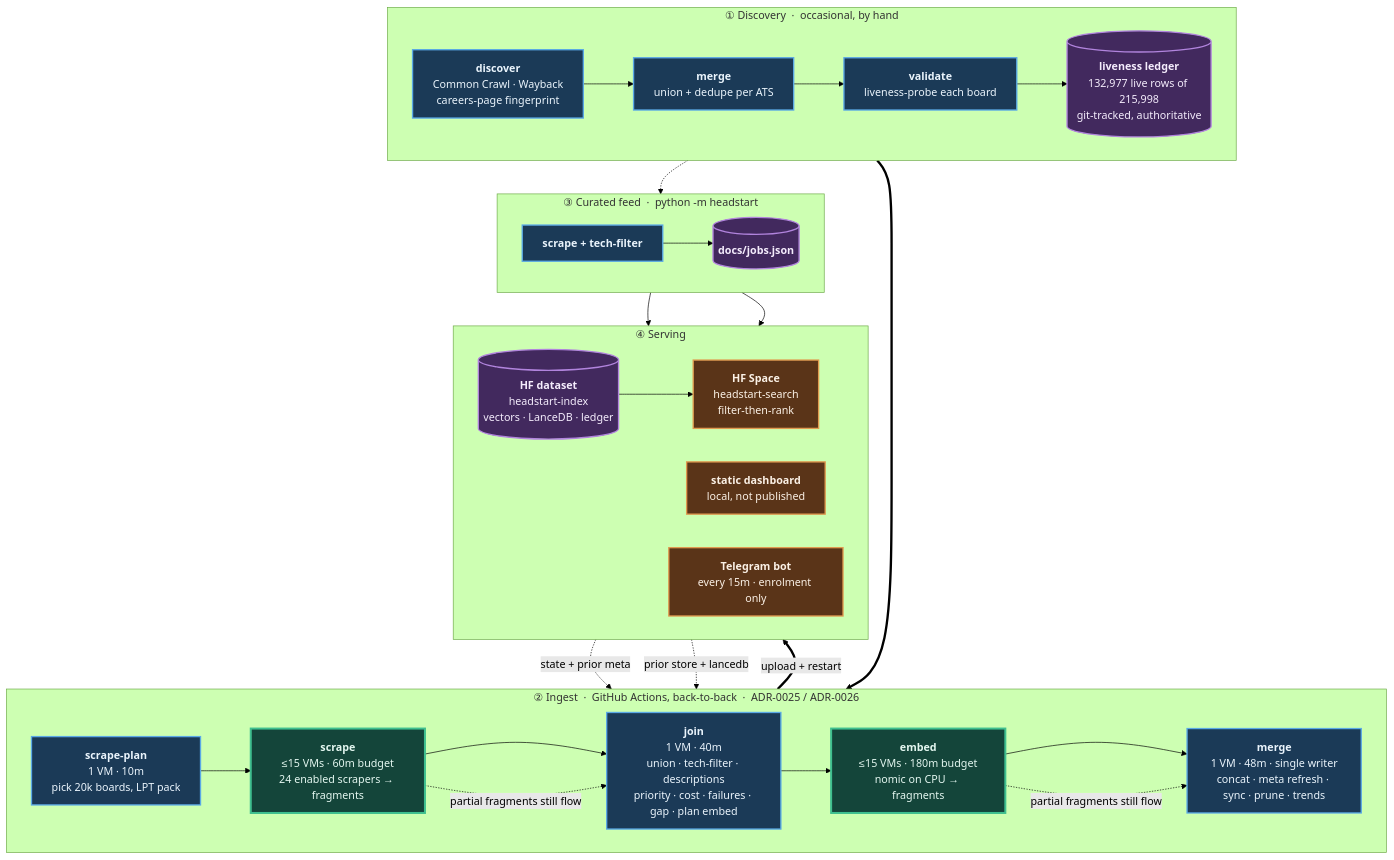
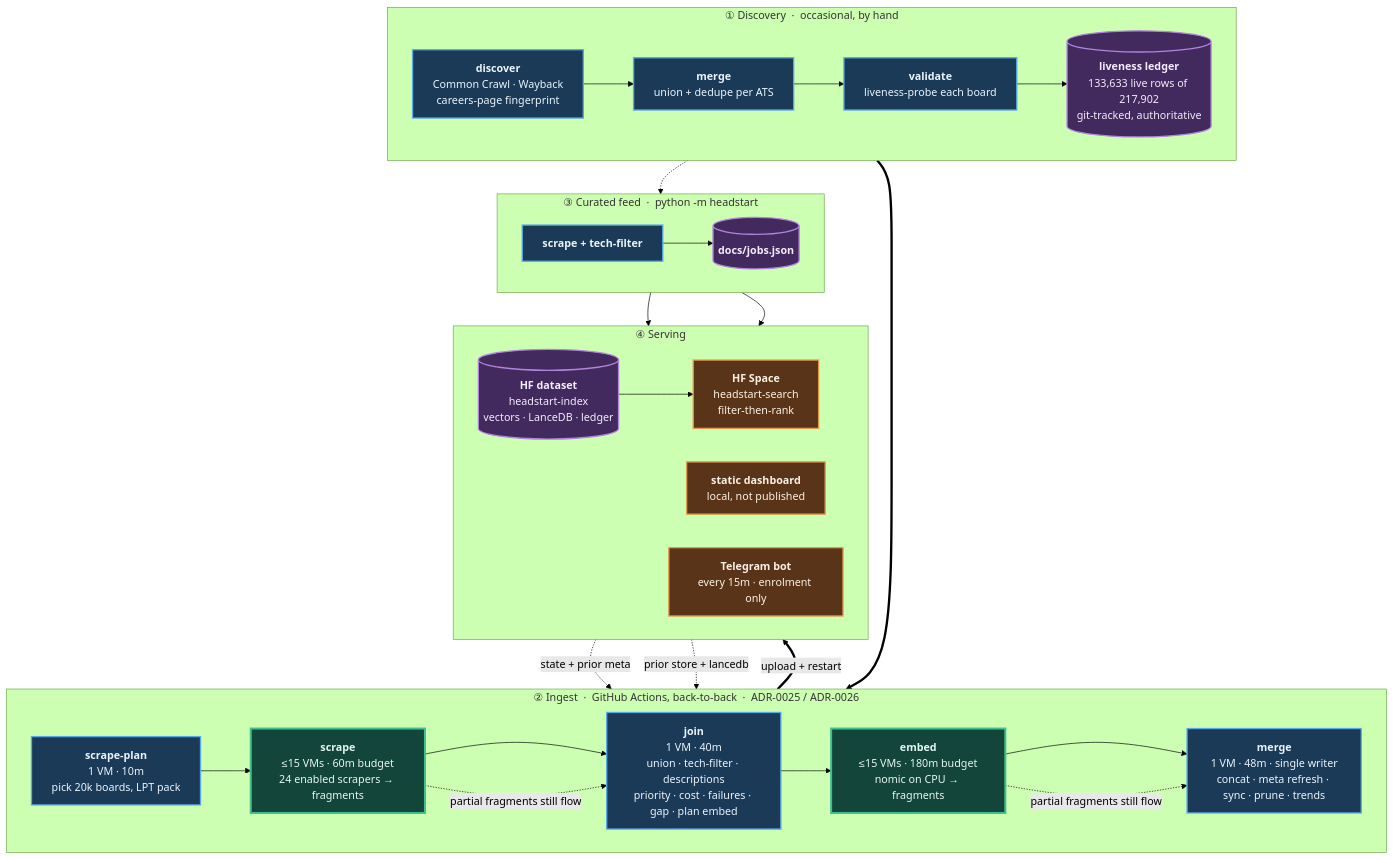
Before and after one commit to sarthakjain004/headstart: the diagram in README.md, drawn with Mermaid (forest theme). The commit also changed other lines of this file and 4 other files, not shown here.

````diff
--- a/README.md
+++ b/README.md
@@ -84,56 +84,56 @@
 ```mermaid
 flowchart TB
     subgraph D["① Discovery &nbsp;·&nbsp; occasional, by hand"]
         direction LR
         D1["<b>discover</b><br/>Common Crawl · Wayback<br/>careers-page fingerprint"]
         D2["<b>merge</b><br/>union + dedupe per ATS"]
         D3["<b>validate</b><br/>liveness-probe each board"]
-        D4[("<b>liveness ledger</b><br/>132,977 live rows of 215,998<br/>git-tracked, authoritative")]
+        D4[("<b>liveness ledger</b><br/>133,633 live rows of 217,902<br/>git-tracked, authoritative")]
         D1 --> D2 --> D3 --> D4
     end
 
     subgraph P["② Ingest &nbsp;·&nbsp; GitHub Actions, back-to-back &nbsp;·&nbsp; ADR-0025 / ADR-0026"]
         direction LR
         P1["<b>scrape-plan</b><br/>1 VM · 10m<br/>pick 20k boards, LPT pack"]
         P2["<b>scrape</b><br/>≤15 VMs · 60m budget<br/>24 enabled scrapers → fragments"]
         P3["<b>join</b><br/>1 VM · 40m<br/>union · tech-filter · descriptions<br/>priority · cost · failures · gap · plan embed"]
         P4["<b>embed</b><br/>≤15 VMs · 180m budget<br/>nomic on CPU → fragments"]
         P5["<b>merge</b><br/>1 VM · 48m · single writer<br/>concat · meta refresh · sync · prune · trends"]
         P1 --> P2 --> P3 --> P4 --> P5
     end
 
     subgraph F["③ Curated feed &nbsp;·&nbsp; python -m headstart"]
         direction LR
         F1["<b>scrape + tech-filter</b>"]
         F2[("<b>docs/jobs.json</b>")]
         F1 --> F2
     end
 
     subgraph S["④ Serving"]
         direction LR
         S1[("<b>HF dataset</b><br/>headstart-index<br/>vectors · LanceDB · ledger")]
         S2["<b>HF Space</b><br/>headstart-search<br/>filter-then-rank"]
         S3["<b>static dashboard</b><br/>local, not published"]
         S4["<b>Telegram bot</b><br/>every 15m · enrolment only"]
         S1 --> S2
     end
 
     D4 ==> P1
     S1 -. "state + prior meta" .-> P1
     S1 -. "prior store + lancedb" .-> P5
     D4 -.-> F1
     P5 ==>|"upload + restart"| S1
     F2 --> S3
     F2 --> S4
     P2 -. "partial fragments still flow" .-> P3
     P4 -. "partial fragments still flow" .-> P5
 
     classDef serial fill:#1b3a57,stroke:#5aa9e6,stroke-width:2px,color:#eaf4fc
     classDef fan fill:#14453a,stroke:#3fbf8f,stroke-width:3px,color:#e4f7f0
     classDef store fill:#42295e,stroke:#b184dd,stroke-width:2px,color:#f4ecfc
     classDef serve fill:#5a3418,stroke:#e09a4f,stroke-width:2px,color:#fbf1e6
     class D1,D2,D3,P1,P3,P5,F1 serial
     class P2,P4 fan
     class D4,F2,S1 store
     class S2,S3,S4 serve
 ```
````
